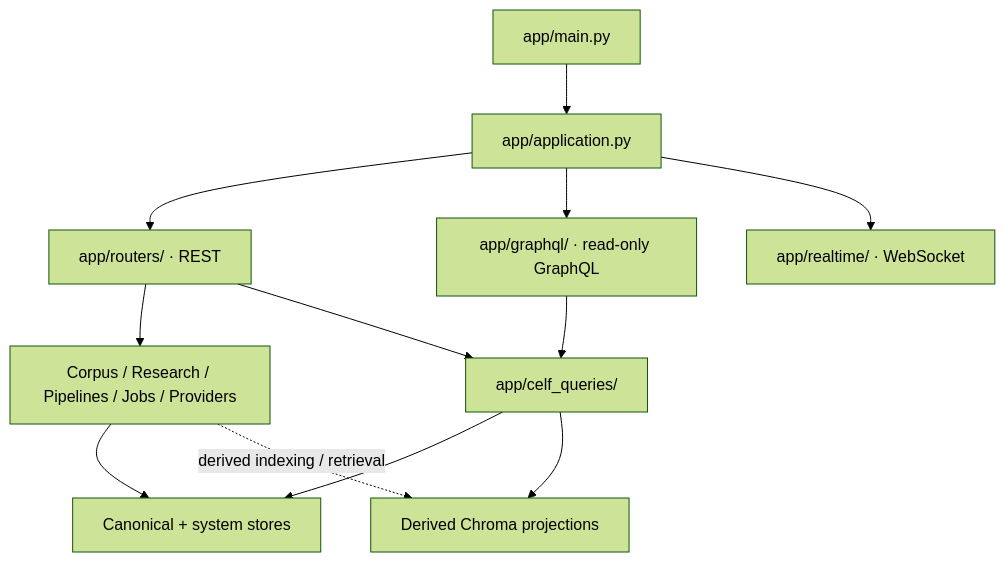
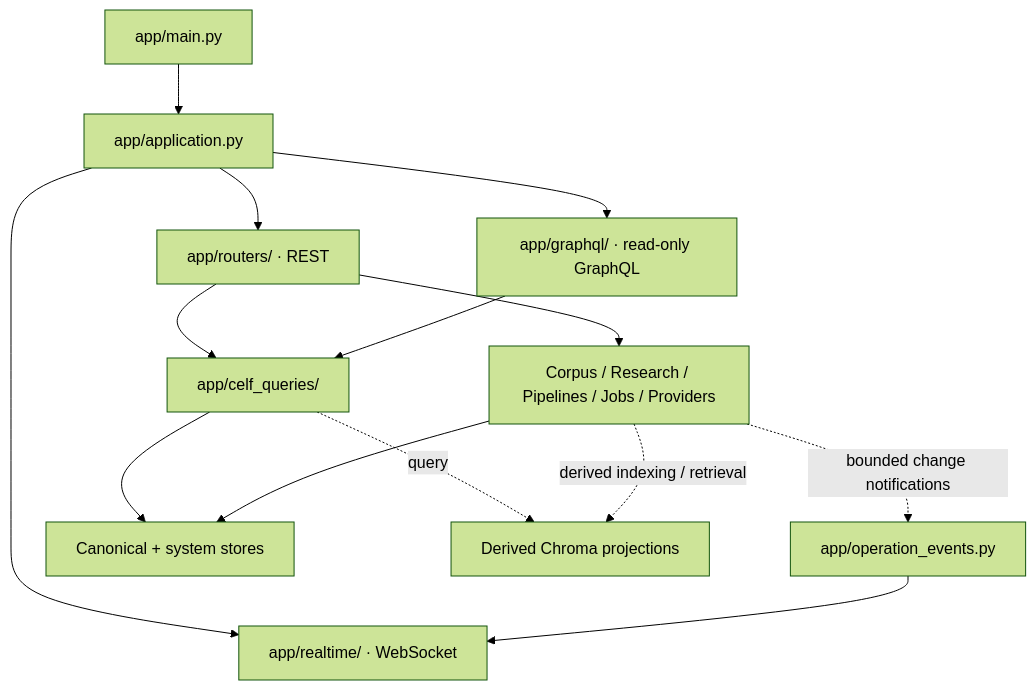
Before and after one commit to ajschlosser/DerridAI: the diagram in api/README.md, drawn with Mermaid (forest theme). The commit also changed other lines of this file, not shown here.

Commit message:
Refresh backend architecture and contributor guidance

````diff
--- a/api/README.md
+++ b/api/README.md
@@ -31,24 +31,27 @@
 ```mermaid
 flowchart TD
     Entry["app/main.py"]
     App["app/application.py"]
     Routers["app/routers/ · REST"]
     GraphQL["app/graphql/ · read-only GraphQL"]
     Realtime["app/realtime/ · WebSocket"]
     Reads["app/celf_queries/"]
     Domains["Corpus / Research / Pipelines / Jobs / Providers"]
+    Events["app/operation_events.py"]
     Stores["Canonical + system stores"]
     Chroma["Derived Chroma projections"]
 
     Entry --> App
     App --> Routers
     App --> GraphQL
     App --> Realtime
     Routers --> Domains
     Routers --> Reads
     GraphQL --> Reads
     Reads --> Stores
-    Reads --> Chroma
+    Reads -. query .-> Chroma
     Domains --> Stores
     Domains -. derived indexing / retrieval .-> Chroma
+    Domains -. bounded change notifications .-> Events
+    Events --> Realtime
 ```
````
